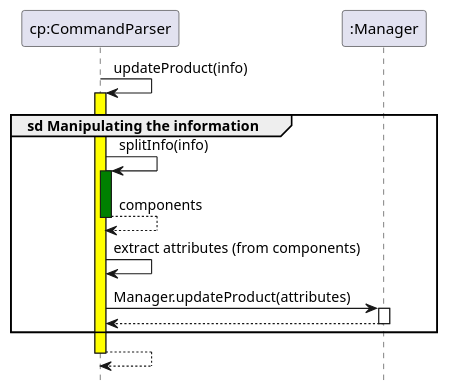
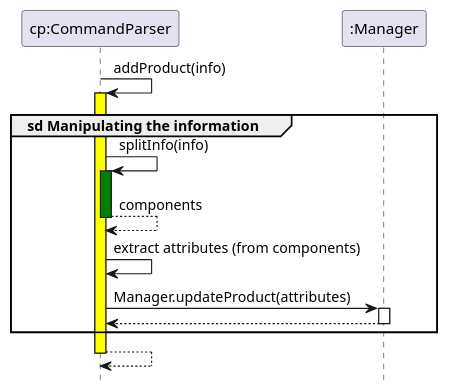
One commit to AY2425S2-CS2113-F11-1/tp changed the diagram in docs/diagrams/CommandParser_Ref3.puml. Above: the diagram before and after it, drawn with PlantUML. The commit also changed 8 other files, not shown here.

```diff
--- a/docs/diagrams/CommandParser_Ref3.puml
+++ b/docs/diagrams/CommandParser_Ref3.puml
@@ -1,23 +1,23 @@
 @startuml
 hide footbox
 skinparam sequenceReferenceBackgroundColor #
 
 participant "cp:CommandParser" as cp
 participant ":Manager" as m
 
-cp -> cp ++ #yellow : updateProduct(info)
+cp -> cp ++ #yellow : addProduct(info)
 
 group sd Manipulating the information
     cp -> cp ++ #green : splitInfo(info)
     return components
 
     cp -> cp : extract attributes (from components)
 
     cp -> m ++ : Manager.updateProduct(attributes)
 
     return
 end
 
 return
 
 @enduml
```
